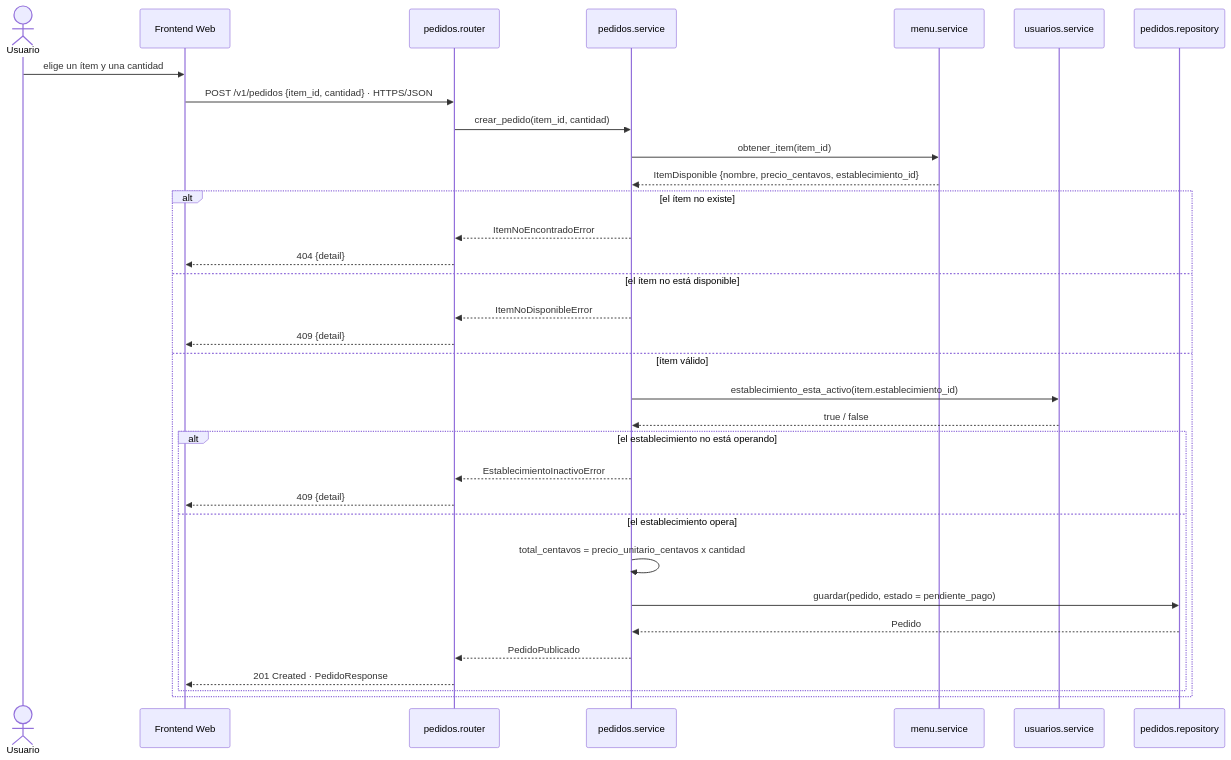
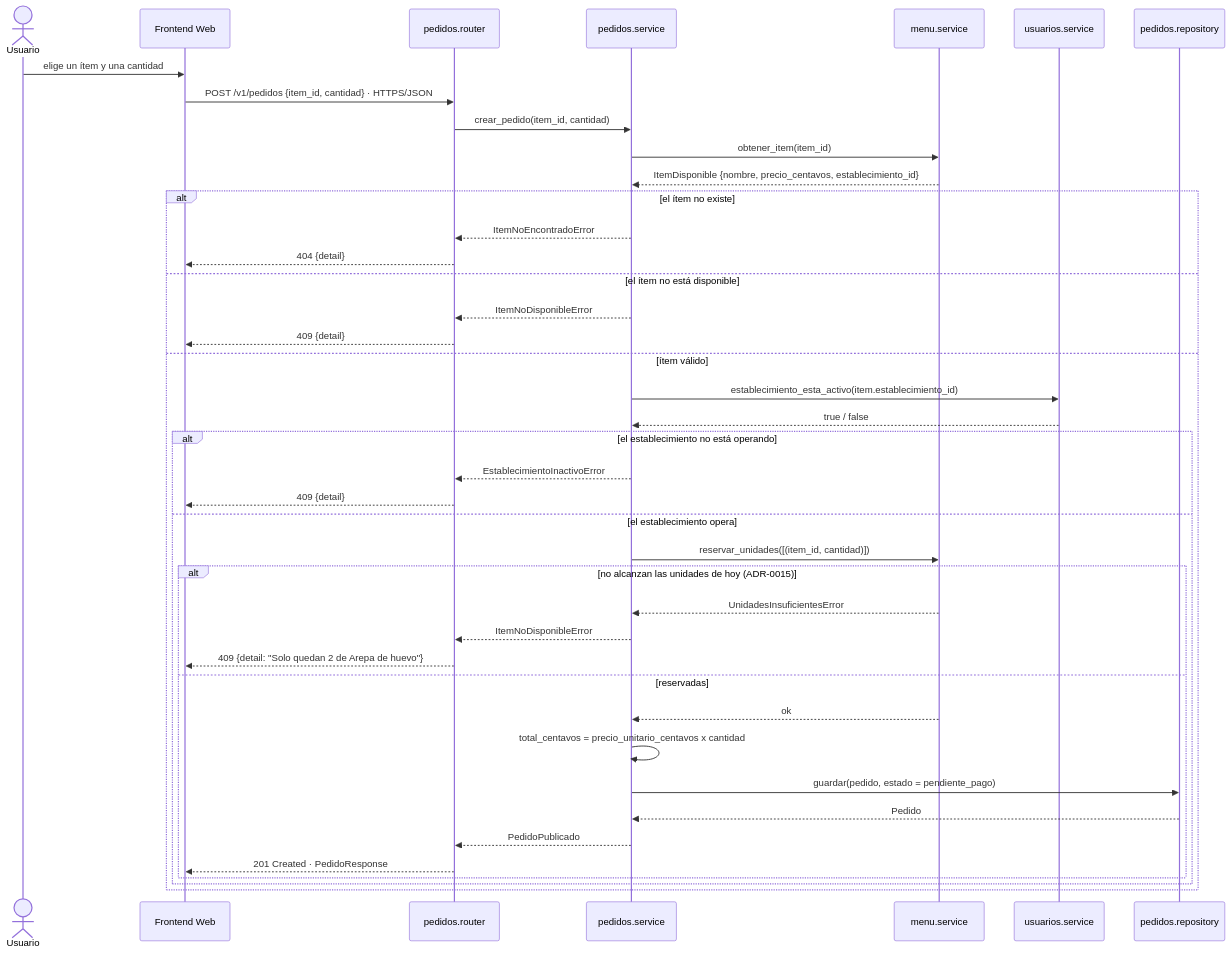
The first of 4 diagrams in docs/arc42/arc42.md (ISCOUTB/AS_202620_PideUtb), drawn with Mermaid before and after one commit. The commit also changed other lines of this file and 5 other files, not shown here.

````diff
--- a/docs/arc42/arc42.md
+++ b/docs/arc42/arc42.md
@@ -497,38 +505,46 @@
 ``` mermaid
 sequenceDiagram
     actor U as Usuario
     participant F as Frontend Web
     participant R as pedidos.router
     participant SP as pedidos.service
     participant SM as menu.service
     participant SU as usuarios.service
     participant RP as pedidos.repository
 
     U->>F: elige un ítem y una cantidad
     F->>R: POST /v1/pedidos {item_id, cantidad} · HTTPS/JSON
     R->>SP: crear_pedido(item_id, cantidad)
 
     SP->>SM: obtener_item(item_id)
     SM-->>SP: ItemDisponible {nombre, precio_centavos, establecimiento_id}
 
     alt el ítem no existe
         SP-->>R: ItemNoEncontradoError
         R-->>F: 404 {detail}
     else el ítem no está disponible
         SP-->>R: ItemNoDisponibleError
         R-->>F: 409 {detail}
     else ítem válido
         SP->>SU: establecimiento_esta_activo(item.establecimiento_id)
         SU-->>SP: true / false
         alt el establecimiento no está operando
             SP-->>R: EstablecimientoInactivoError
             R-->>F: 409 {detail}
         else el establecimiento opera
-            SP->>SP: total_centavos = precio_unitario_centavos x cantidad
-            SP->>RP: guardar(pedido, estado = pendiente_pago)
-            RP-->>SP: Pedido
-            SP-->>R: PedidoPublicado
-            R-->>F: 201 Created · PedidoResponse
+            SP->>SM: reservar_unidades([(item_id, cantidad)])
+            alt no alcanzan las unidades de hoy (ADR-0015)
+                SM-->>SP: UnidadesInsuficientesError
+                SP-->>R: ItemNoDisponibleError
+                R-->>F: 409 {detail: "Solo quedan 2 de Arepa de huevo"}
+            else reservadas
+                SM-->>SP: ok
+                SP->>SP: total_centavos = precio_unitario_centavos x cantidad
+                SP->>RP: guardar(pedido, estado = pendiente_pago)
+                RP-->>SP: Pedido
+                SP-->>R: PedidoPublicado
+                R-->>F: 201 Created · PedidoResponse
+            end
         end
     end
 ```
````
